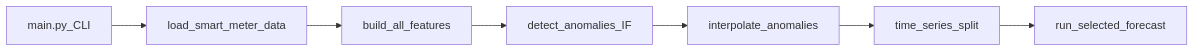
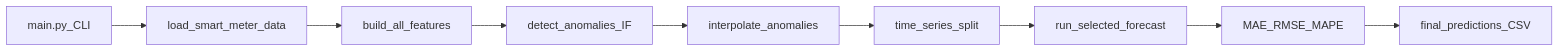
One commit to mj-weshh/energy-anomaly-forecasting changed the diagram in docs/e2e-pipeline.md. Above: the diagram before and after it, drawn with Mermaid. The commit also changed other lines of this file and 14 other files, not shown here.

````diff
--- a/docs/e2e-pipeline.md
+++ b/docs/e2e-pipeline.md
@@ -36,9 +38,11 @@
 ```mermaid
 flowchart LR
   cli[main.py_CLI] --> ingest[load_smart_meter_data]
   ingest --> feats[build_all_features]
   feats --> detect[detect_anomalies_IF]
   detect --> clean[interpolate_anomalies]
   clean --> split[time_series_split]
   split --> route[run_selected_forecast]
+  route --> eval[MAE_RMSE_MAPE]
+  eval --> export[final_predictions_CSV]
 ```
````
